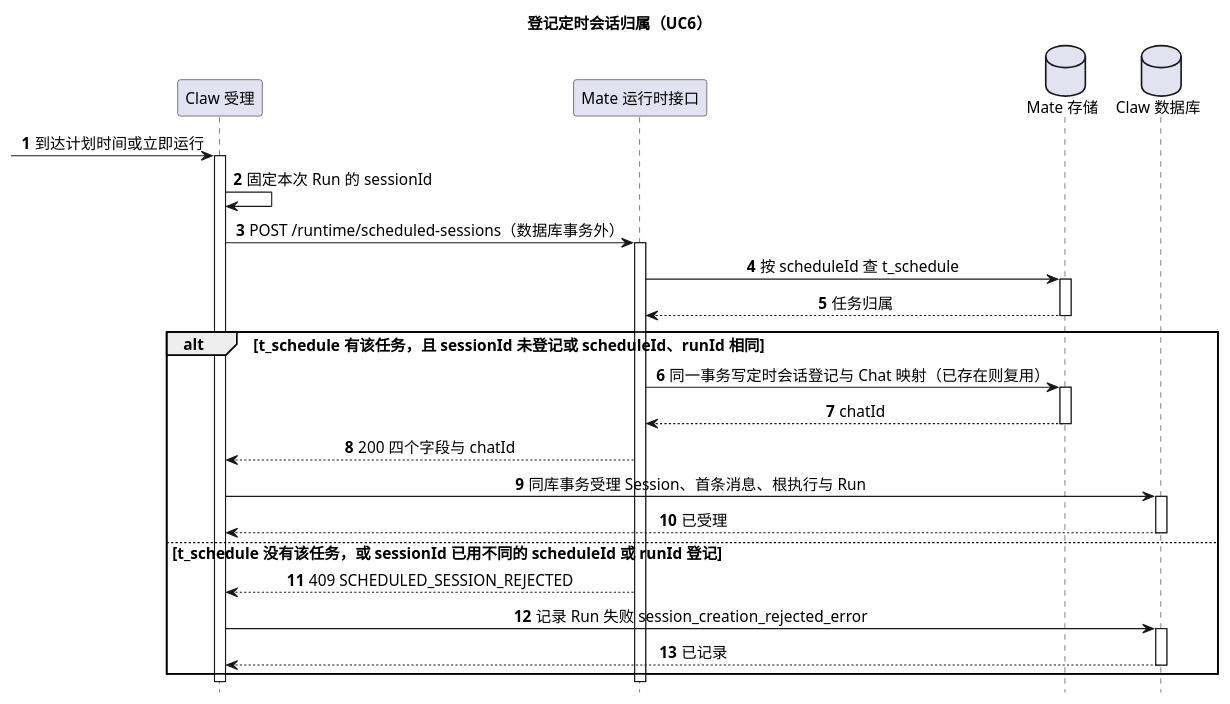
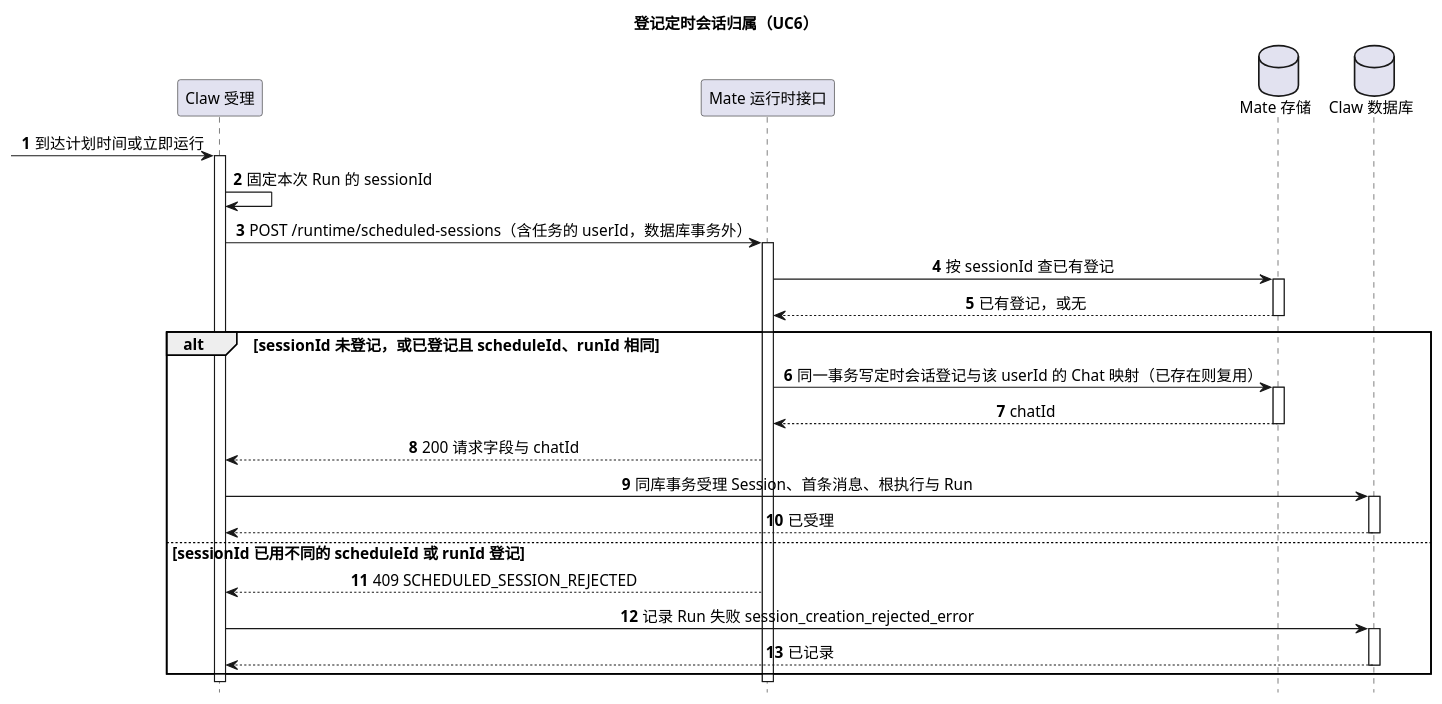
The third of 14 diagrams in 02-服务与接口/08-CampusMate定时任务/diagram.puml (ssm0808/pi-mono-java-design), drawn with PlantUML before and after one commit. The commit also changed other lines of this file and 32 other files, not shown here.

First line of the commit message:
定时任务：去掉 Mate t_schedule，任务归属只在 Claw user_id

```diff
--- a/02-服务与接口/08-CampusMate定时任务/diagram.puml
+++ b/02-服务与接口/08-CampusMate定时任务/diagram.puml
@@ -86,34 +79,34 @@
 @startuml mate_session_registration
 ' 目标：待实现；UC6 接口配置的任务每次运行前，Claw 请求 Mate 登记新 Session 的归属。
 ' Claw 基线：pi-mono-java main ead67eba，schedule/session/ScheduledSessionStarter.prepare、confirmRegistration；schedule/mate/MateScheduleSessionRegistry 默认返回服务不可用。
 ' 接口路径为草案（README.md 评审 Todo M3）；mate-service 源码未核验。
-' 表达方式：画登记成功与被拒绝；结果未知时 Claw 改用只读核对，见 README.md 第 3.6 节。
+' 表达方式：画登记成功与被拒绝；所属用户由 Claw 随请求传入任务的 userId，Mate 不再查任务归属；结果未知时 Claw 改用只读核对，见 README.md 第 3.6 节。
 title 登记定时会话归属（UC6）
 hide footbox
 skinparam backgroundColor white
 skinparam defaultFontSize 14
 skinparam sequenceMessageAlign center
 participant "Claw 受理" as Claw
 participant "Mate 运行时接口" as Mate
 database "Mate 存储" as MateStore
 database "Claw 数据库" as ClawStore
 autonumber
 [-> Claw ++ : 到达计划时间或立即运行
 Claw -> Claw : 固定本次 Run 的 sessionId
-Claw -> Mate ++ : POST /runtime/scheduled-sessions（数据库事务外）
-Mate -> MateStore ++ : 按 scheduleId 查 t_schedule
-return 任务归属
-alt t_schedule 有该任务，且 sessionId 未登记或 scheduleId、runId 相同
-  Mate -> MateStore ++ : 同一事务写定时会话登记与 Chat 映射（已存在则复用）
+Claw -> Mate ++ : POST /runtime/scheduled-sessions（含任务的 userId，数据库事务外）
+Mate -> MateStore ++ : 按 sessionId 查已有登记
+return 已有登记，或无
+alt sessionId 未登记，或已登记且 scheduleId、runId 相同
+  Mate -> MateStore ++ : 同一事务写定时会话登记与该 userId 的 Chat 映射（已存在则复用）
   return chatId
-  Mate --> Claw : 200 四个字段与 chatId
+  Mate --> Claw : 200 请求字段与 chatId
   Claw -> ClawStore ++ : 同库事务受理 Session、首条消息、根执行与 Run
   return 已受理
-else t_schedule 没有该任务，或 sessionId 已用不同的 scheduleId 或 runId 登记
+else sessionId 已用不同的 scheduleId 或 runId 登记
   Mate --> Claw : 409 SCHEDULED_SESSION_REJECTED
   Claw -> ClawStore ++ : 记录 Run 失败 session_creation_rejected_error
   return 已记录
 end
 deactivate Mate
 deactivate Claw
 @enduml
```
